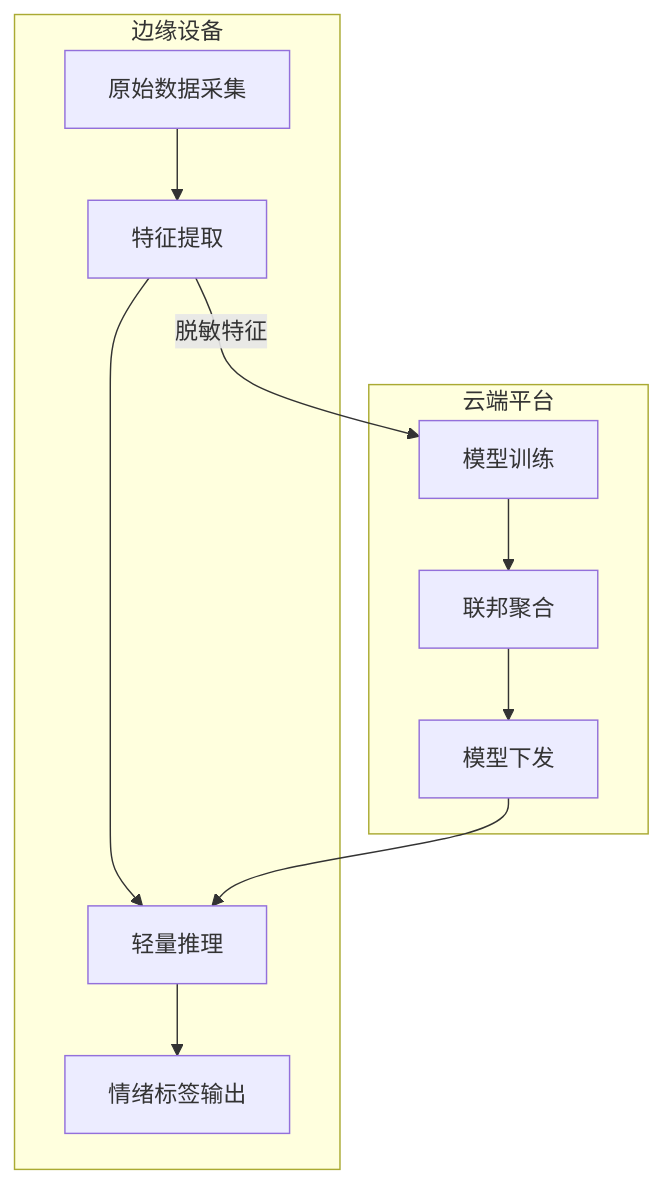
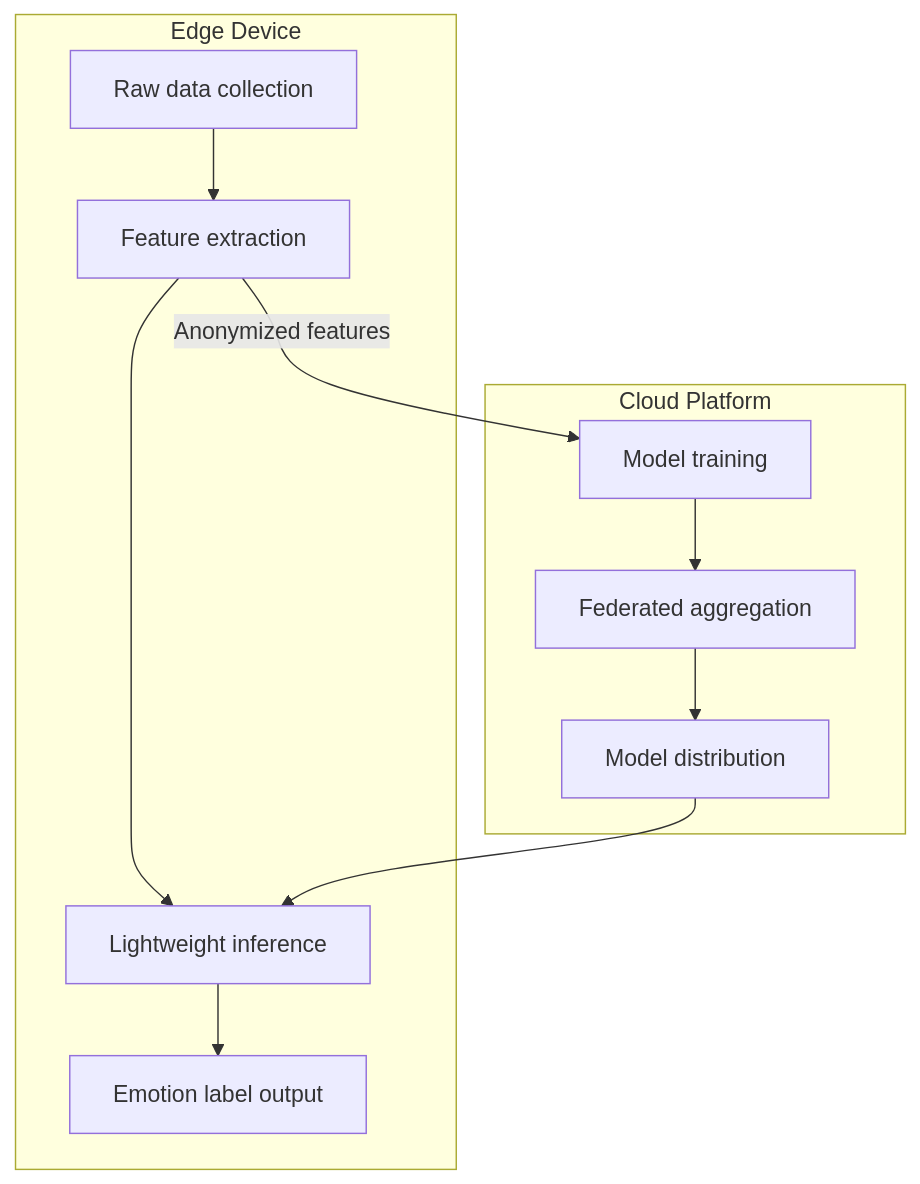
One commit to teaglebuilt/knowledge-tree changed the third of 3 diagrams in tree/application/architecture/affective-computing.md. Above: the diagram before and after it, drawn with Mermaid. The commit also changed other lines of this file and 16 other files, not shown here.

````diff
--- a/tree/application/architecture/affective-computing.md
+++ b/tree/application/architecture/affective-computing.md
@@ -232,19 +232,19 @@
 ```mermaid
 graph TB
-    subgraph 边缘设备
-        E1[原始数据采集]
-        E2[特征提取]
-        E3[轻量推理]
-        E4[情绪标签输出]
+    subgraph Edge Device
+        E1[Raw data collection]
+        E2[Feature extraction]
+        E3[Lightweight inference]
+        E4[Emotion label output]
     end
 
-    subgraph 云端平台
-        C1[模型训练]
-        C2[联邦聚合]
-        C3[模型下发]
+    subgraph Cloud Platform
+        C1[Model training]
+        C2[Federated aggregation]
+        C3[Model distribution]
     end
 
     E1 --> E2 --> E3 --> E4
-    E2 --> |脱敏特征| C1
+    E2 --> |Anonymized features| C1
     C1 --> C2 --> C3 --> E3
 ```
````
